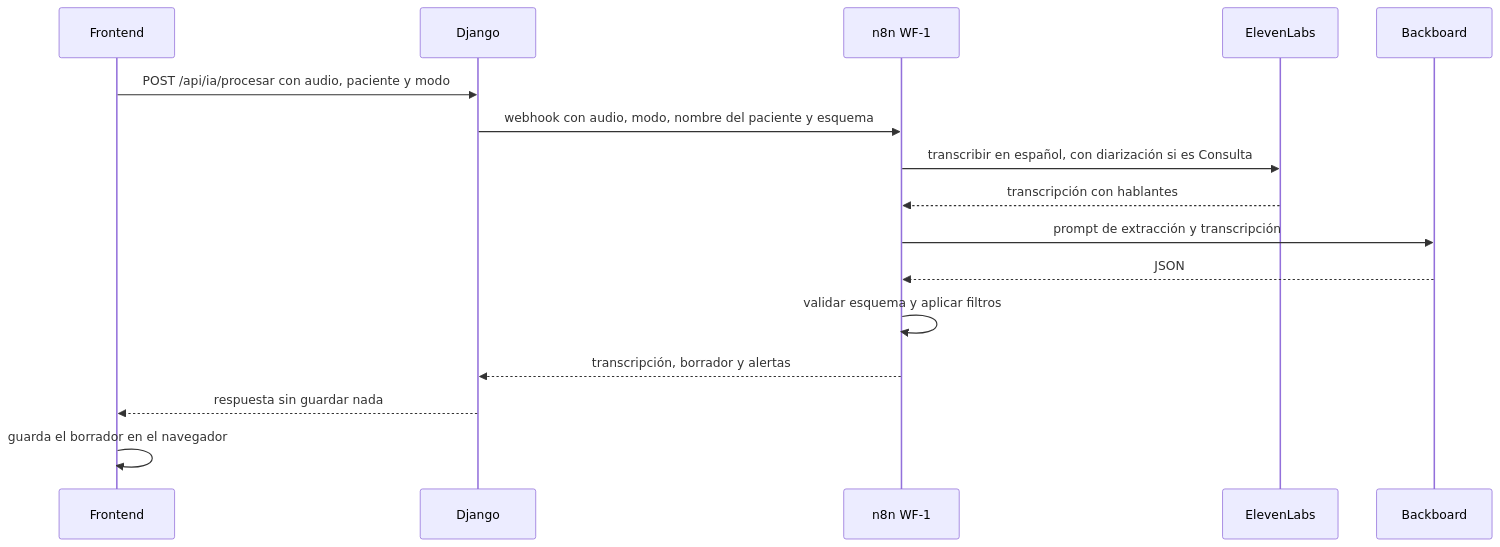
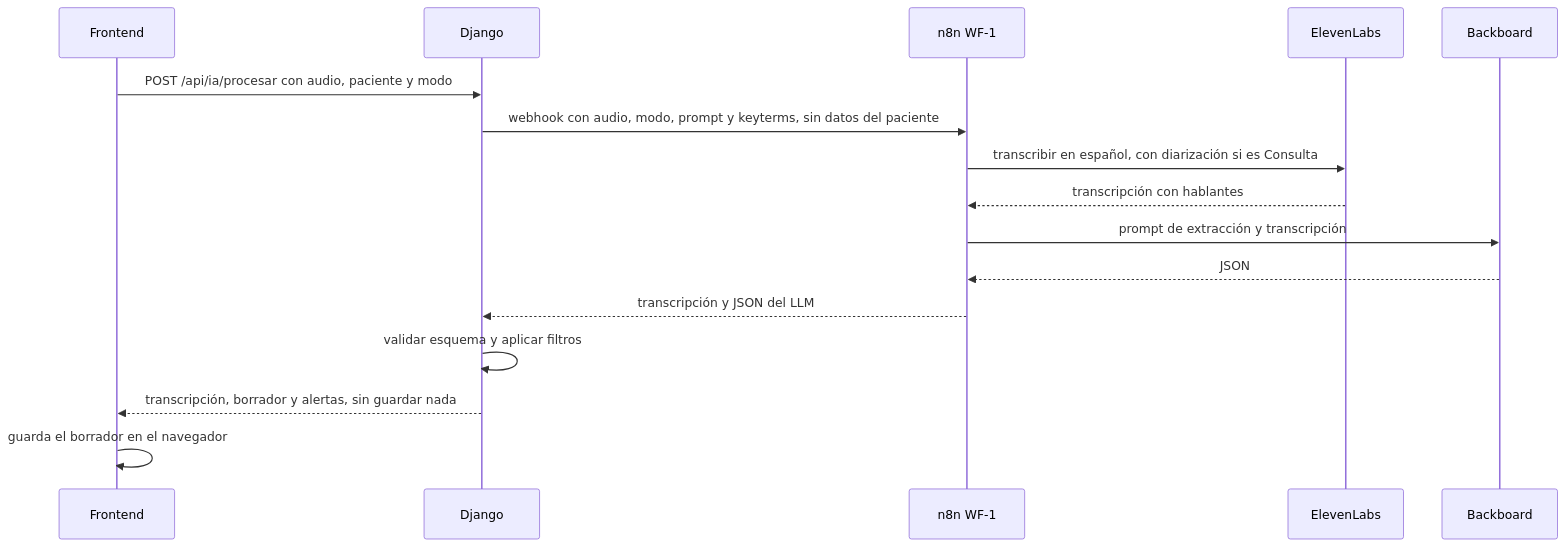
The fourth of 4 diagrams in docs/REQUERIMIENTOS.md (jeroguzman/medproject), drawn with Mermaid before and after one commit. The commit also changed other lines of this file and 3 other files, not shown here.

````diff
--- a/docs/REQUERIMIENTOS.md
+++ b/docs/REQUERIMIENTOS.md
@@ -444,18 +450,18 @@
 ```mermaid
 sequenceDiagram
     participant FE as Frontend
     participant API as Django
     participant N as n8n WF-1
     participant EL as ElevenLabs
     participant BB as Backboard
     FE->>API: POST /api/ia/procesar con audio, paciente y modo
-    API->>N: webhook con audio, modo, nombre del paciente y esquema
+    API->>N: webhook con audio, modo, prompt y keyterms, sin datos del paciente
     N->>EL: transcribir en español, con diarización si es Consulta
     EL-->>N: transcripción con hablantes
     N->>BB: prompt de extracción y transcripción
     BB-->>N: JSON
-    N->>N: validar esquema y aplicar filtros
-    N-->>API: transcripción, borrador y alertas
-    API-->>FE: respuesta sin guardar nada
+    N-->>API: transcripción y JSON del LLM
+    API->>API: validar esquema y aplicar filtros
+    API-->>FE: transcripción, borrador y alertas, sin guardar nada
     FE->>FE: guarda el borrador en el navegador
 ```
````
